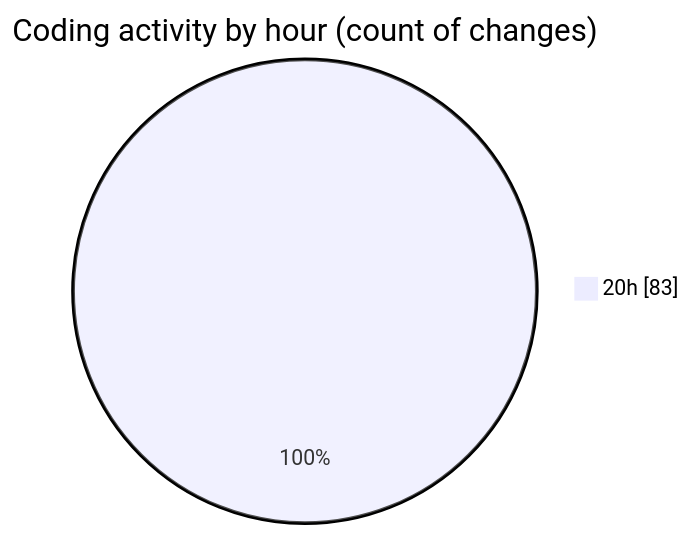
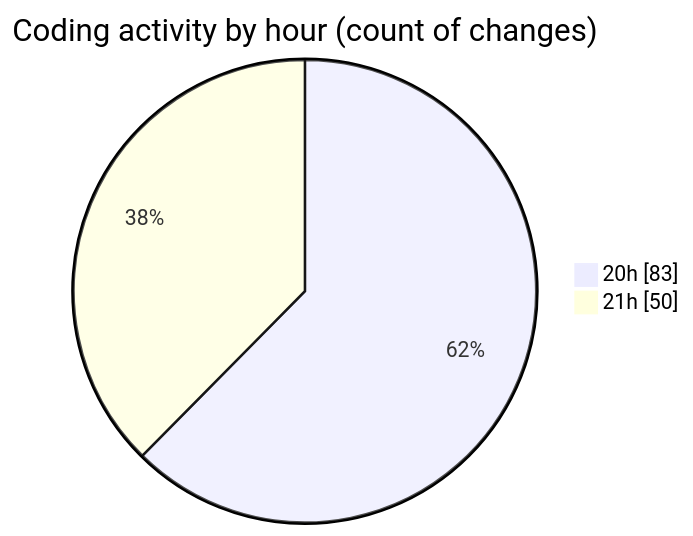
The second of 2 diagrams in 2025-07-20/reactphpmysql/README.md (Ritupan-Deka/code-tracking), drawn with Mermaid before and after one commit. The commit also changed other lines of this file and 1 other file, not shown here.

````diff
--- a/2025-07-20/reactphpmysql/README.md
+++ b/2025-07-20/reactphpmysql/README.md
@@ -32,5 +32,6 @@
 ```mermaid
 pie showData
 title Coding activity by hour (count of changes)
 "20h" : 83
+"21h" : 50
 ```
````
